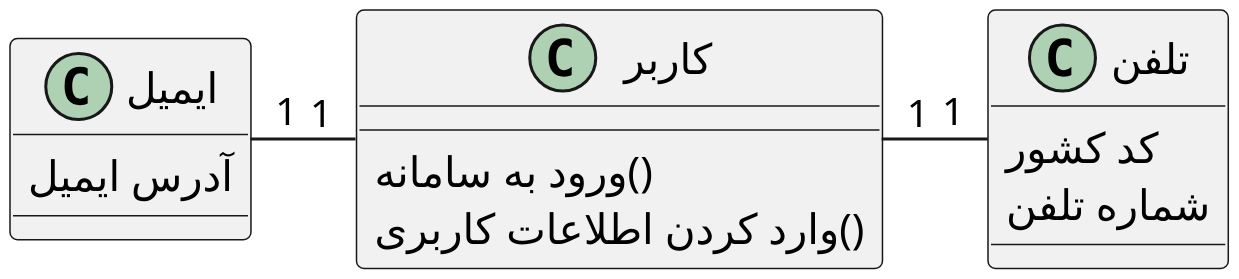
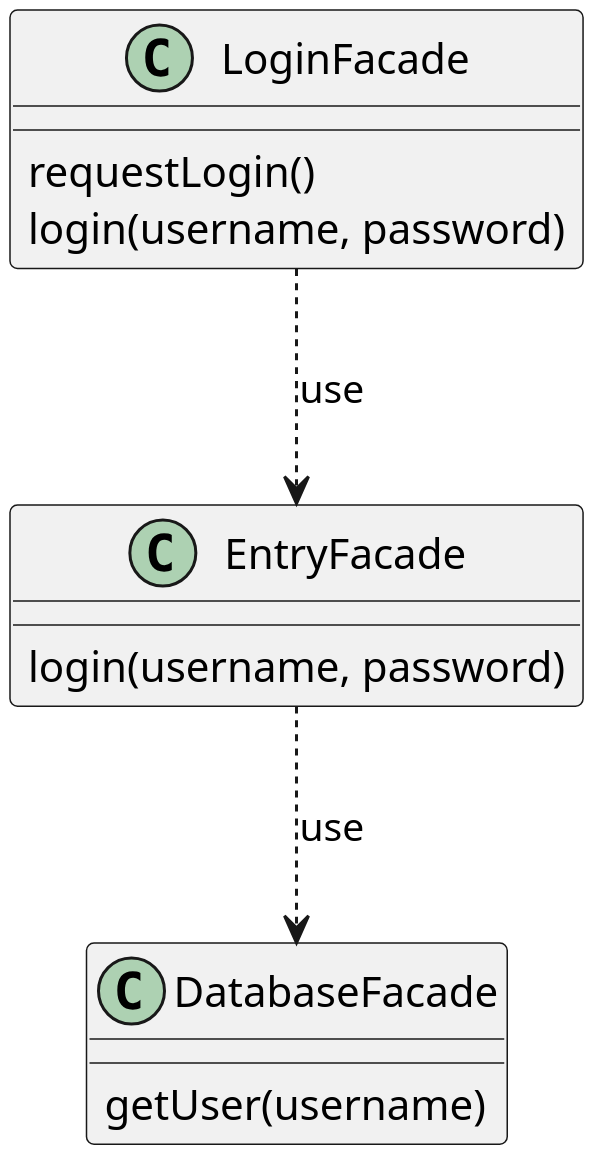
One commit to soleyman79/Qasedak changed the diagram in Diagrams/Design Class/Login.puml. Above: the diagram before and after it, drawn with PlantUML.

Commit message:
update Design class: Login

```diff
--- a/Diagrams/Design Class/Login.puml
+++ b/Diagrams/Design Class/Login.puml
@@ -1,24 +1,23 @@
 @startuml login
 
 scale 3
 skinparam DefaultFontName B Nazanin
 
 
-class "کاربر" as user {
-    ورود به سامانه()
-    وارد کردن اطلاعات کاربری()
+class LoginFacade {
+    requestLogin()
+    login(username, password)
 }
 
-class "ایمیل" as address {
-    آدرس ایمیل
+class EntryFacade {
+    login(username, password)
 }
 
-class "تلفن" as phone {
-    کد کشور
-    شماره تلفن
+class DatabaseFacade {
+    getUser(username)
 }
 
-user "1" -left- "1" address
-user "1" -right- "1" phone
+LoginFacade ..> EntryFacade :use
+EntryFacade ..> DatabaseFacade :use
 
 @enduml
```
